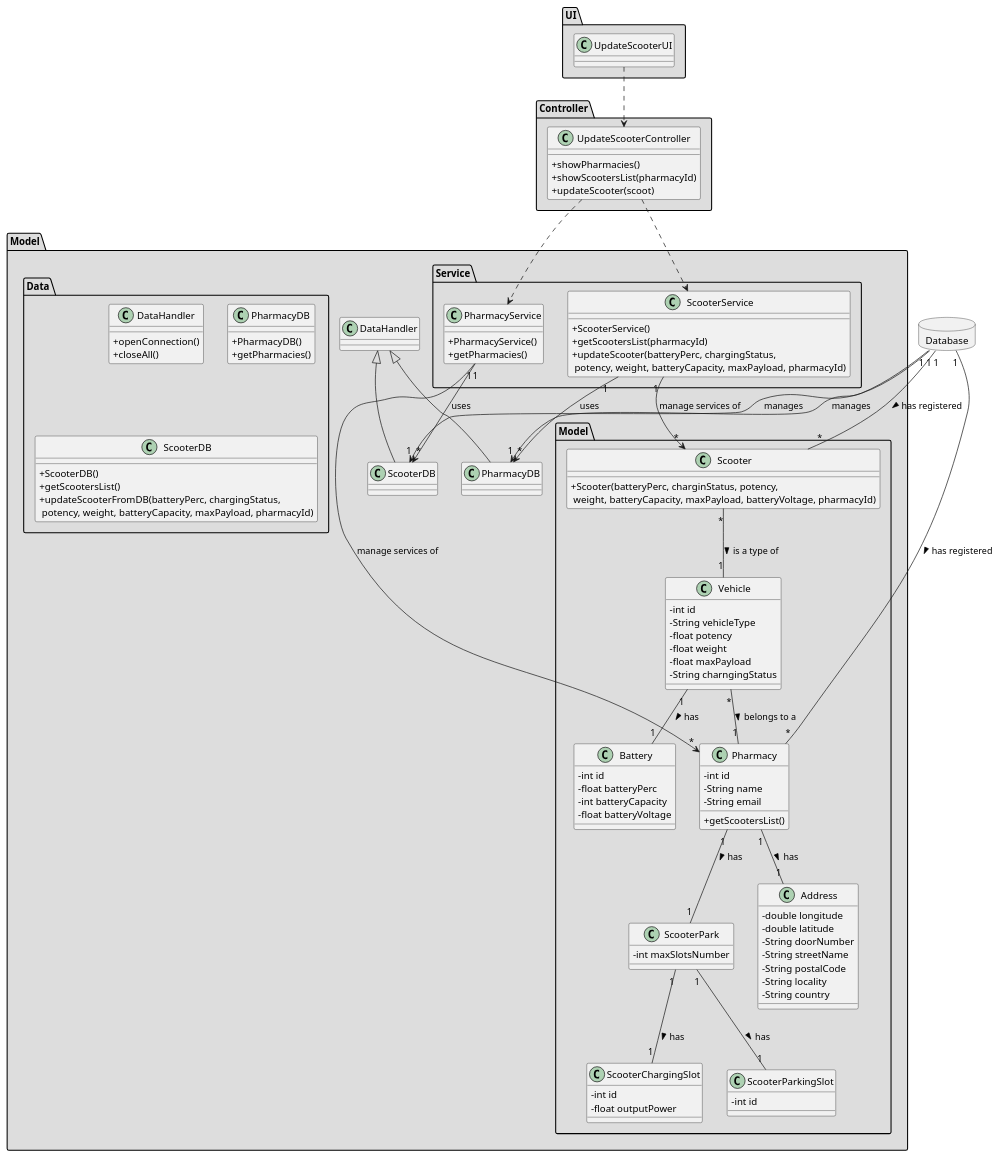
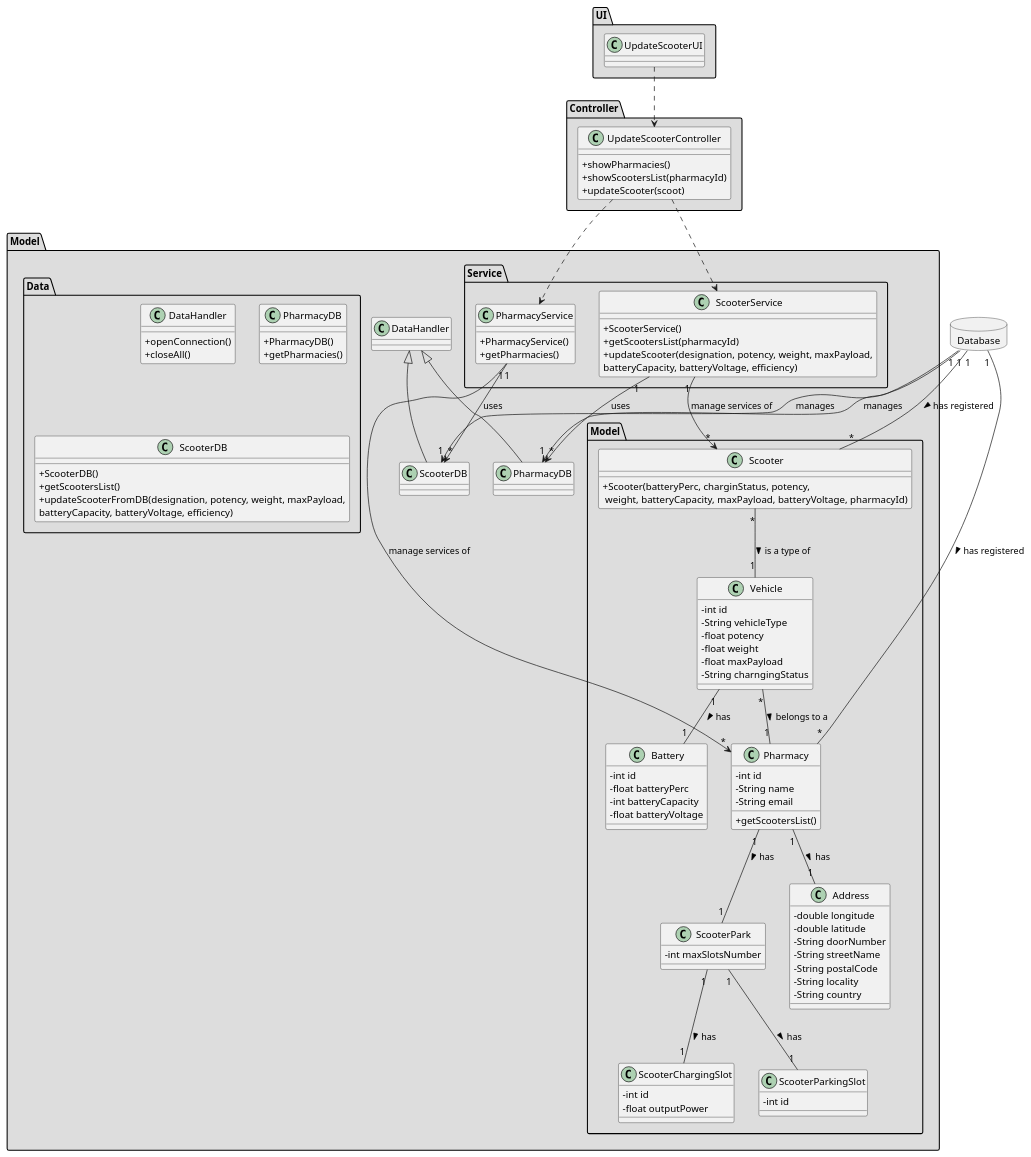
Before and after one commit to tiagoavcosta25/LAPR3: the diagram in docs/Iteration 3/Scooter Management/Refinement/US32_UpdateScooter/US32_CD.puml, drawn with PlantUML. The commit also changed 14 other files, not shown here.

```diff
--- a/docs/Iteration 3/Scooter Management/Refinement/US32_UpdateScooter/US32_CD.puml
+++ b/docs/Iteration 3/Scooter Management/Refinement/US32_UpdateScooter/US32_CD.puml
@@ -1,130 +1,130 @@
 @startuml
 skinparam classAttributeIconSize 0
 
 database Database {
 }
 
 package "UI" #DDDDDD {
 class UpdateScooterUI{
 }
 }
 
 package "Controller" #DDDDDD {
 class UpdateScooterController{
 +showPharmacies()
 +showScootersList(pharmacyId)
 +updateScooter(scoot)
 }
 }
 
 
 package "Model" #DDDDDD {
  package "Service" #DDDDDD {
   class PharmacyService{
       +PharmacyService()
       +getPharmacies()
   }
 
   class ScooterService{
       +ScooterService()
       +getScootersList(pharmacyId)
-      +updateScooter(batteryPerc, chargingStatus,\n potency, weight, batteryCapacity, maxPayload, pharmacyId)
+      +updateScooter(designation, potency, weight, maxPayload,\nbatteryCapacity, batteryVoltage, efficiency)
    }
 }
 
 package "Model" #DDDDDD {
 class ScooterPark{
 -   int maxSlotsNumber
 }
 
 class ScooterChargingSlot{
 -   int id
 -   float outputPower
 }
 
 class ScooterParkingSlot{
 -   int id
 }
 
 class Scooter{
 +Scooter(batteryPerc, charginStatus, potency,\n weight, batteryCapacity, maxPayload, batteryVoltage, pharmacyId)
 
 }
 
 class Vehicle{
   -int id
   -String vehicleType
   -float potency
   -float weight
   -float maxPayload
   -String charngingStatus
 }
 
 class Battery{
   -int id
   -float batteryPerc
   -int batteryCapacity
   -float batteryVoltage
 }
 
 class Address{
   -double longitude
   -double latitude
   -String doorNumber
   -String streetName
   -String postalCode
   -String locality
   -String country
 }
 
 class Pharmacy {
   -int id
   -String name
 -   String email
   +getScootersList()
 }
 }
 
 
 package "Data" #DDDDDD {
 class DataHandler{
     +openConnection()
     +closeAll()
 }
 class PharmacyDB{
      +PharmacyDB()
      +getPharmacies()
  }
 
  class ScooterDB{
      +ScooterDB()
      +getScootersList()
-     +updateScooterFromDB(batteryPerc, chargingStatus,\n potency, weight, batteryCapacity, maxPayload, pharmacyId)
+     +updateScooterFromDB(designation, potency, weight, maxPayload,\nbatteryCapacity, batteryVoltage, efficiency)
   }
 }
 
 class PharmacyDB extends DataHandler
 class ScooterDB extends DataHandler
 
 UpdateScooterUI ..> UpdateScooterController
 UpdateScooterController ..> PharmacyService
 UpdateScooterController ..> ScooterService
 Database "1" --> "1" PharmacyDB : manages
 Database "1" --> "1" ScooterDB : manages
 ScooterService "1" --> "*" PharmacyDB : uses
 PharmacyService "1" --> "*" ScooterDB : uses
 PharmacyService "1" --> "*" Pharmacy : manage services of
 ScooterService "1" --> "*" Scooter : manage services of
 
 Database "1" -- "*" Pharmacy : has registered >
 Database "1" -- "*" Scooter : has registered >
 
 Vehicle "1" -- "1" Battery : has >
 Vehicle "*" -- "1" Pharmacy : belongs to a >
 Scooter "*" -- "1" Vehicle : is a type of >
 Pharmacy "1" -- "1" Address : has >
 Pharmacy "1" -- "1" ScooterPark : has >
 ScooterPark "1" -- "1" ScooterChargingSlot : has >
 ScooterPark "1" -- "1" ScooterParkingSlot : has >
 
 @enduml
```
